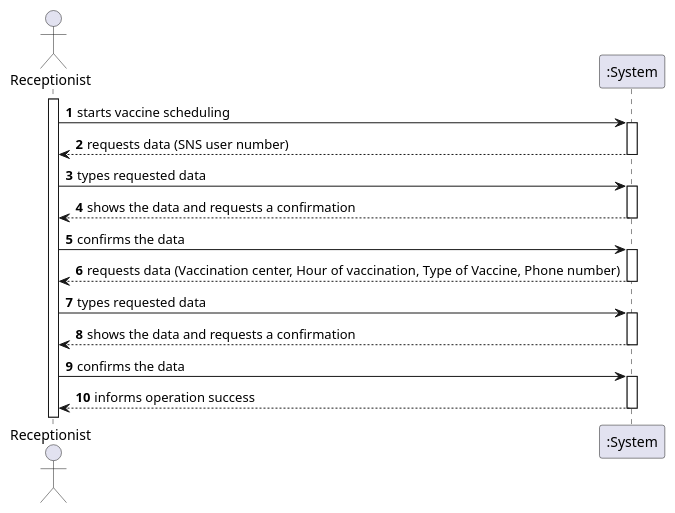
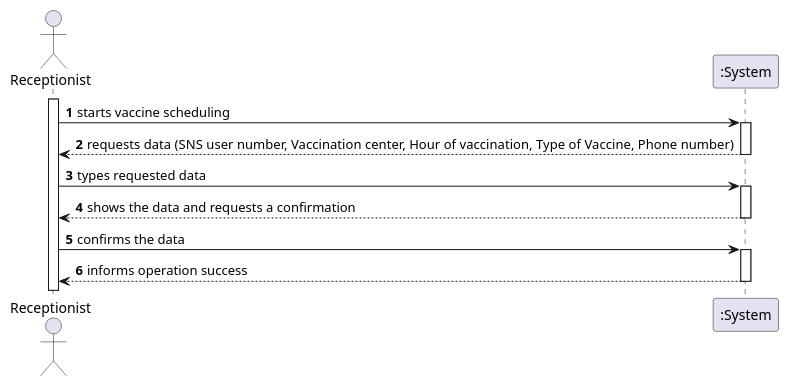
Before and after one commit to PedroMesquita1211171/VaccinationManager: the diagram in docs/SprintC/US/US2/US002_SSD.puml, drawn with PlantUML. The commit also changed 5 other files, not shown here.

```diff
--- a/docs/SprintC/US/US2/US002_SSD.puml
+++ b/docs/SprintC/US/US2/US002_SSD.puml
@@ -1,31 +1,22 @@
 @startuml
 'https://plantuml.com/sequence-diagram
 
 autonumber
 actor "Receptionist" as USER
 
 activate USER
 USER -> ":System" : starts vaccine scheduling
 activate ":System"
-":System" --> USER :  requests data (SNS user number)
-deactivate ":System"
 
-USER -> ":System" : types requested data
-activate ":System"
-":System" --> USER : shows the data and requests a confirmation
-deactivate ":System"
-
-USER -> ":System" : confirms the data
-activate ":System"
-":System" --> USER : requests data (Vaccination center, Hour of vaccination, Type of Vaccine, Phone number)
+":System" --> USER : requests data (SNS user number, Vaccination center, Hour of vaccination, Type of Vaccine, Phone number)
 deactivate ":System"
 USER -> ":System" : types requested data
 activate ":System"
 ":System" --> USER : shows the data and requests a confirmation
 deactivate ":System"
 
 USER -> ":System" : confirms the data
 activate ":System"
 ":System" --> USER : informs operation success
 deactivate ":System"
 @enduml
```
